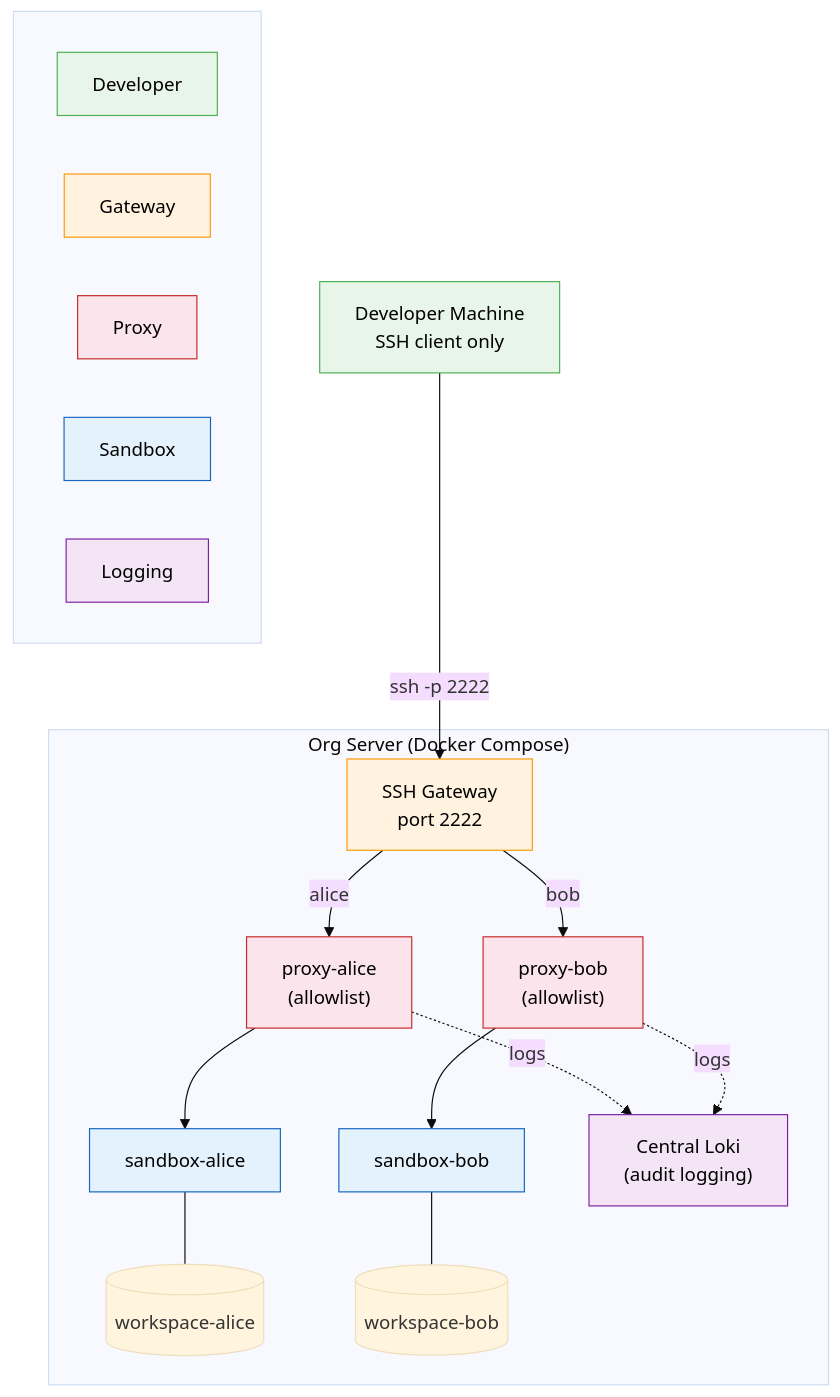
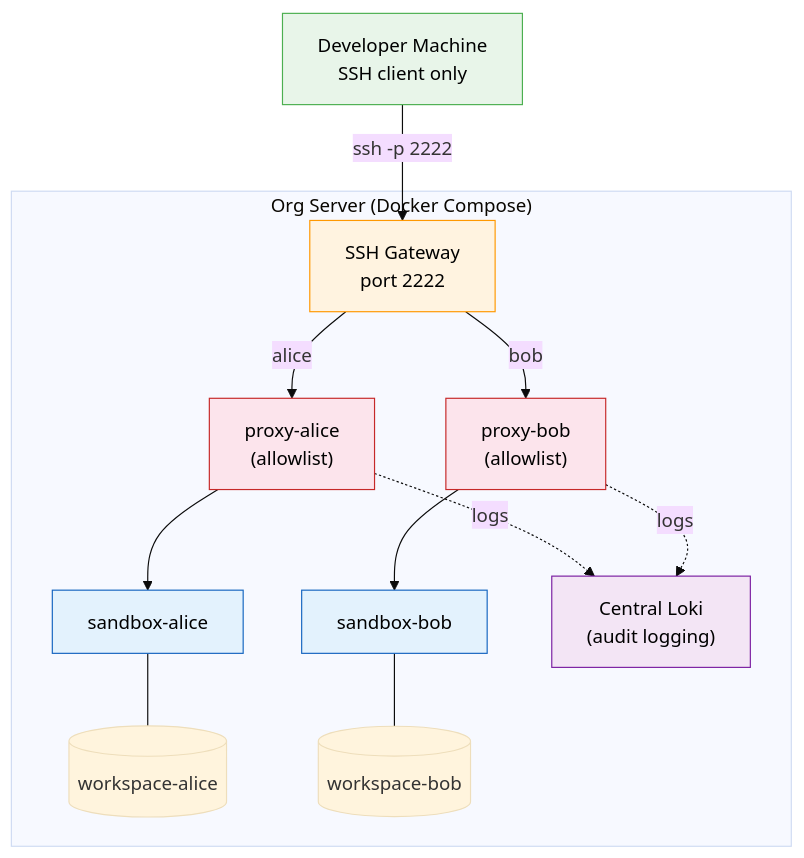
One commit to krukkeniels/safe-ai changed the diagram in docs/managed-deployment.md. Above: the diagram before and after it, drawn with Mermaid (base theme). The commit also changed other lines of this file and 16 other files, not shown here.

First line of the commit message:
docs: simplify diagrams, rename files, and improve README clarity

````diff
--- a/docs/managed-deployment.md
+++ b/docs/managed-deployment.md
@@ -7,52 +7,33 @@
 ```mermaid
 flowchart TD
     Dev["Developer Machine<br/>SSH client only"]
 
     subgraph OrgServer["Org Server (Docker Compose)"]
         GW["SSH Gateway<br/>port 2222"]
 
         PA["proxy-alice<br/>(allowlist)"]
         PB["proxy-bob<br/>(allowlist)"]
         SA["sandbox-alice"]
         SB["sandbox-bob"]
         WA[("workspace-alice")]
         WB[("workspace-bob")]
         Loki["Central Loki<br/>(audit logging)"]
     end
 
     Dev -->|"ssh -p 2222"| GW
     GW -->|alice| PA
     GW -->|bob| PB
     PA --> SA
     PB --> SB
     SA --- WA
     SB --- WB
     PA & PB -.->|logs| Loki
 
     style Dev fill:#e8f5e9,stroke:#4caf50,color:#000
     style GW fill:#fff3e0,stroke:#ff9800,color:#000
     style PA fill:#fce4ec,stroke:#c62828,color:#000
     style PB fill:#fce4ec,stroke:#c62828,color:#000
     style SA fill:#e3f2fd,stroke:#1565c0,color:#000
     style SB fill:#e3f2fd,stroke:#1565c0,color:#000
     style Loki fill:#f3e5f5,stroke:#7b1fa2,color:#000
-
-    subgraph Legend[" "]
-        direction LR
-        L1["Developer"]
-        L2["Gateway"]
-        L3["Proxy"]
-        L4["Sandbox"]
-        L5["Logging"]
-    end
-    classDef lGreen fill:#e8f5e9,stroke:#4caf50,color:#000
-    classDef lOrange fill:#fff3e0,stroke:#ff9800,color:#000
-    classDef lPink fill:#fce4ec,stroke:#c62828,color:#000
-    classDef lBlue fill:#e3f2fd,stroke:#1565c0,color:#000
-    classDef lPurple fill:#f3e5f5,stroke:#7b1fa2,color:#000
-    class L1 lGreen
-    class L2 lOrange
-    class L3 lPink
-    class L4 lBlue
-    class L5 lPurple
 ```
````
